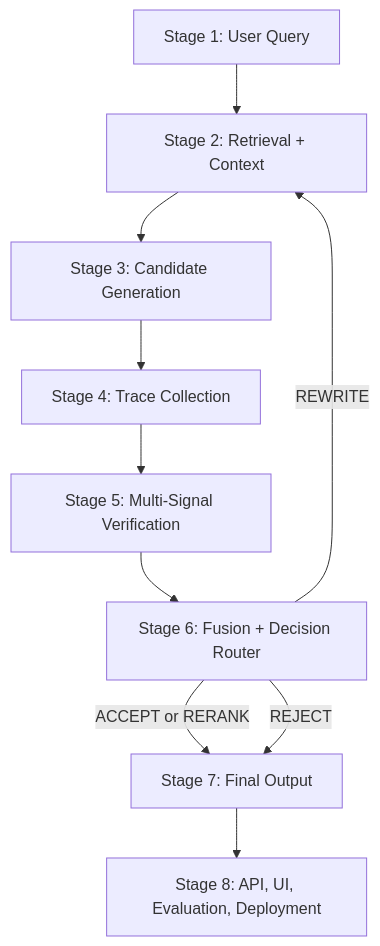
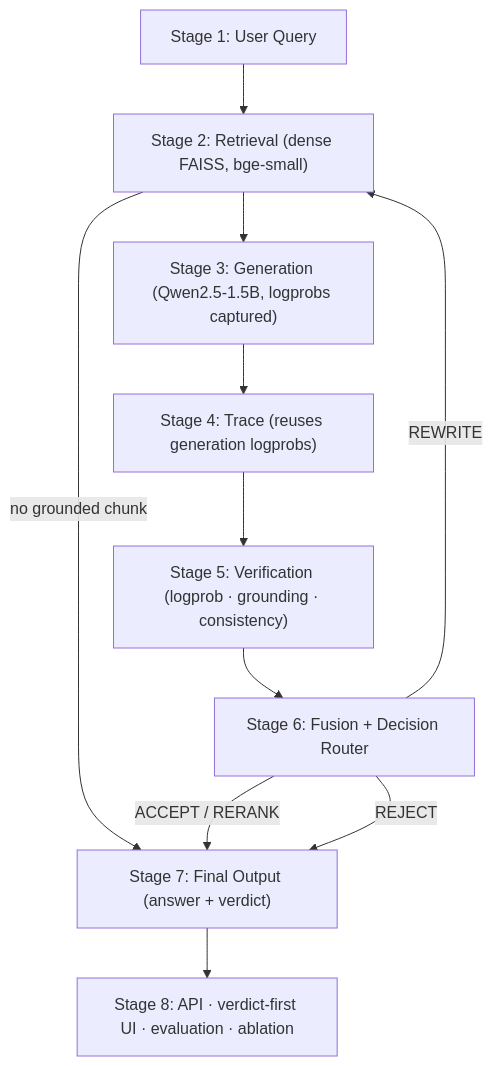
One commit to Gakshith/SafeResponse_Engine changed the diagram in README.md. Above: the diagram before and after it, drawn with Mermaid. The commit also changed other lines of this file, not shown here.

Commit message:
docs: update README architecture (1.5B, dense FAISS, logprob reuse, verdict-first UI)

````diff
--- a/README.md
+++ b/README.md
@@ -12,12 +25,13 @@
 ```mermaid
 flowchart TD
-    A["Stage 1: User Query"] --> B["Stage 2: Retrieval + Context"]
-    B --> C["Stage 3: Candidate Generation"]
-    C --> D["Stage 4: Trace Collection"]
-    D --> E["Stage 5: Multi-Signal Verification"]
+    A["Stage 1: User Query"] --> B["Stage 2: Retrieval (dense FAISS, bge-small)"]
+    B -->|"no grounded chunk"| G
+    B --> C["Stage 3: Generation (Qwen2.5-1.5B, logprobs captured)"]
+    C --> D["Stage 4: Trace (reuses generation logprobs)"]
+    D --> E["Stage 5: Verification (logprob · grounding · consistency)"]
     E --> F["Stage 6: Fusion + Decision Router"]
-    F -->|"ACCEPT or RERANK"| G["Stage 7: Final Output"]
+    F -->|"ACCEPT / RERANK"| G["Stage 7: Final Output (answer + verdict)"]
     F -->|"REWRITE"| B
     F -->|"REJECT"| G
-    G --> H["Stage 8: API, UI, Evaluation, Deployment"]
+    G --> H["Stage 8: API · verdict-first UI · evaluation · ablation"]
 ```
````
